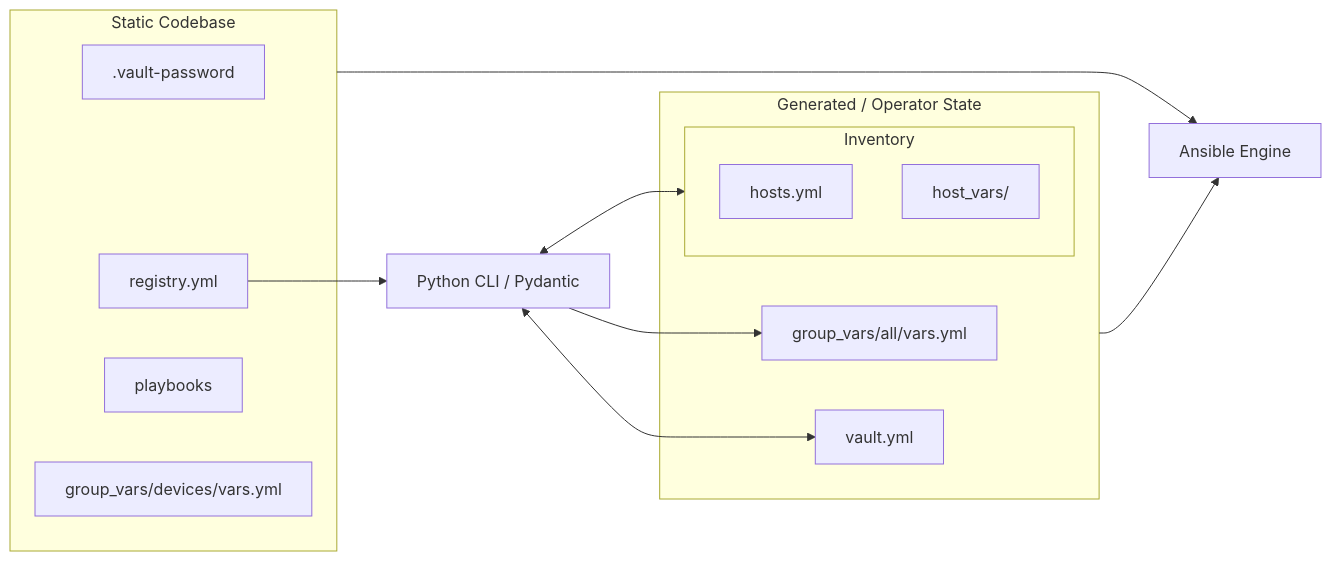
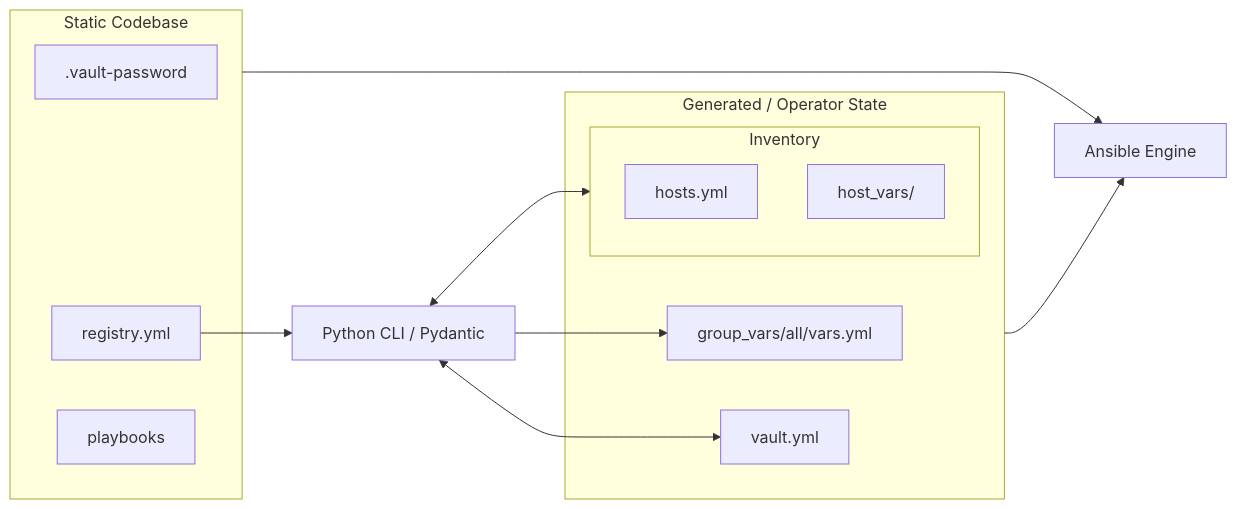
The first of 3 diagrams in docs/SPECS.md (BinaryBand/raspberry-hi), drawn with Mermaid before and after one commit. The commit also changed other lines of this file and 5 other files, not shown here.

Commit message:
feat: remove group_vars/devices/vars.yml and update variable resolution in documentation

````diff
--- a/docs/SPECS.md
+++ b/docs/SPECS.md
@@ -14,24 +14,23 @@
 ```mermaid
 flowchart LR
   subgraph STAT [Static Codebase]
       VP[.vault-password]
       R[registry.yml]
       PB[playbooks]
-      GVD[group_vars/devices/vars.yml]
   end
 
   subgraph VARS [Generated / Operator State]
     subgraph INV [Inventory]
       H[hosts.yml]
       HV[host_vars/]
     end
     VAR[group_vars/all/vars.yml]
     V[vault.yml]
   end
 
   R --> PY[Python CLI / Pydantic] --> VAR
   PY <--> INV
   PY <--> V
   STAT --> A[Ansible Engine]
   VARS --> A
 ```
````
